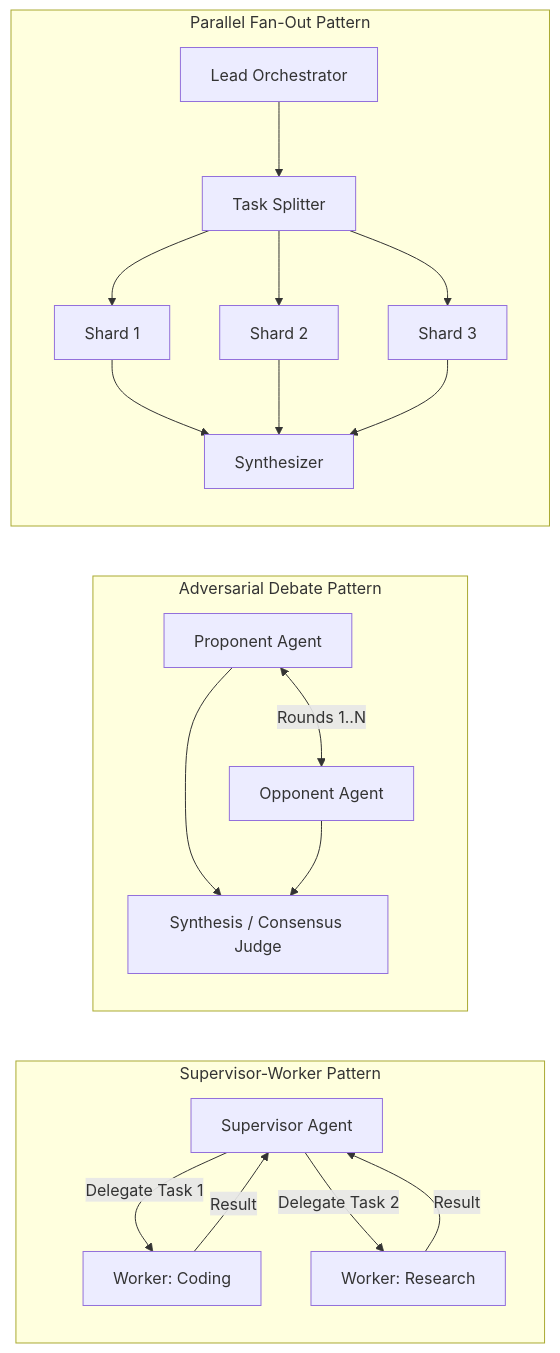
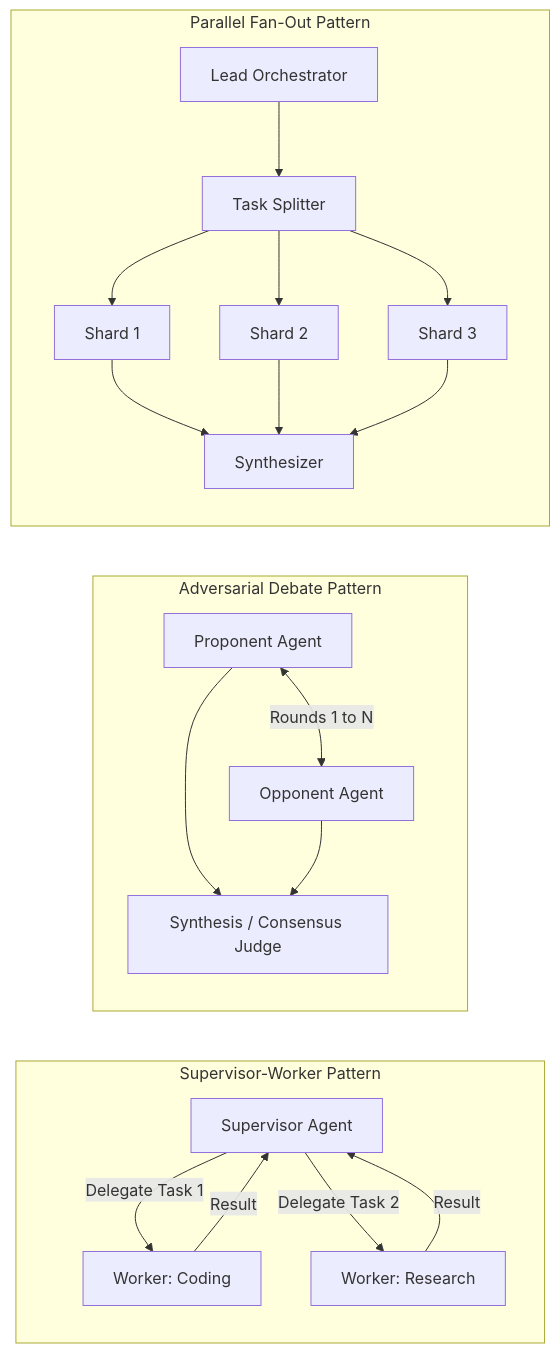
One commit to abhayzangir1/trans4mer changed the fifth of 10 diagrams in docs/ARCHITECTURE.md. Above: the diagram before and after it, drawn with Mermaid. The commit also changed other lines of this file, not shown here.

Commit message:
docs: sanitize Mermaid diagram syntax for GitHub native renderer

````diff
--- a/docs/ARCHITECTURE.md
+++ b/docs/ARCHITECTURE.md
@@ -268,25 +268,25 @@
 ```mermaid
 flowchart LR
     subgraph Sup ["Supervisor-Worker Pattern"]
         Boss["Supervisor Agent"] -->|Delegate Task 1| W1["Worker: Coding"]
         Boss -->|Delegate Task 2| W2["Worker: Research"]
         W1 -->|Result| Boss
         W2 -->|Result| Boss
     end
 
     subgraph Deb ["Adversarial Debate Pattern"]
-        Prop["Proponent Agent"] <-->|Rounds 1..N| Opp["Opponent Agent"]
+        Prop["Proponent Agent"] <-->|"Rounds 1 to N"| Opp["Opponent Agent"]
         Prop --> Synth["Synthesis / Consensus Judge"]
         Opp --> Synth
     end
 
     subgraph Fan ["Parallel Fan-Out Pattern"]
         Lead["Lead Orchestrator"] --> Split["Task Splitter"]
         Split --> F1["Shard 1"]
         Split --> F2["Shard 2"]
         Split --> F3["Shard 3"]
         F1 --> Merge["Synthesizer"]
         F2 --> Merge
         F3 --> Merge
     end
 ```
````
